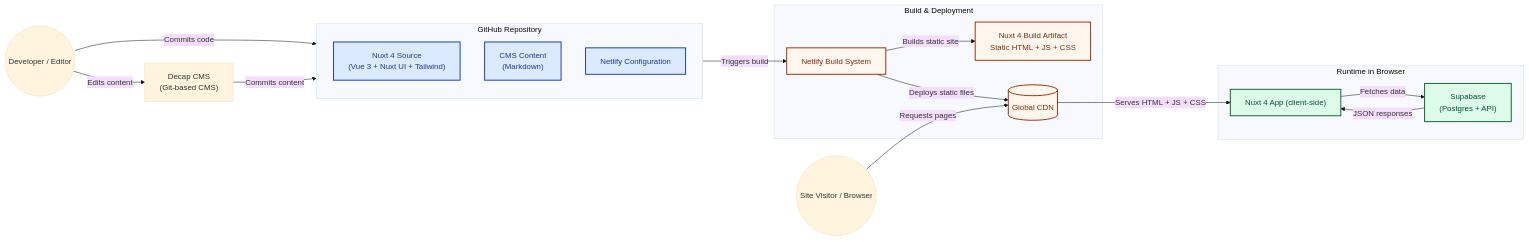
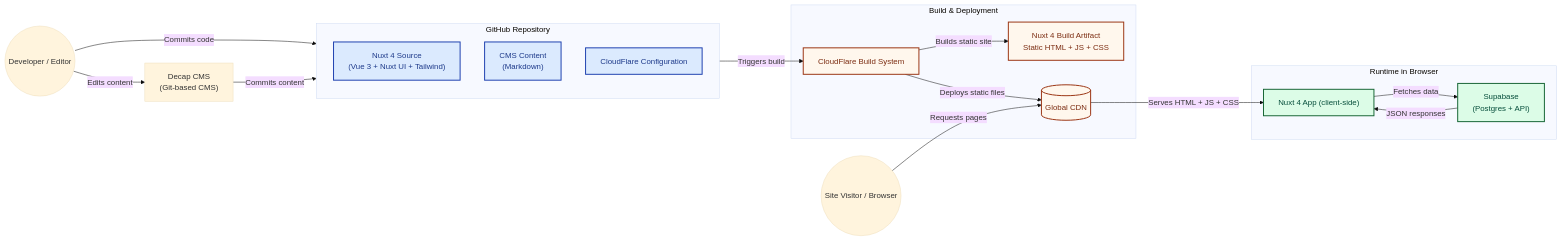
Before and after one commit to creadoras-de-exito/team-portal: the diagram in README.md, drawn with Mermaid (base theme). The commit also changed other lines of this file, not shown here.

````diff
--- a/README.md
+++ b/README.md
@@ -158,56 +158,56 @@
 ```mermaid
 flowchart LR
     %% Actors
     Dev((Developer / Editor))
     User((Site Visitor / Browser))
 
     %% Source Control
     subgraph GH["GitHub Repository"]
         direction TB
         AppSrc["Nuxt 4 Source<br/>(Vue 3 + Nuxt UI + Tailwind)"]
         Content["CMS Content<br/>(Markdown)"]
-        NetlifyCfg["Netlify Configuration"]
+        CloudFlareCfg["CloudFlare Configuration"]
     end
 
     %% CMS
     CMS["Decap CMS<br/>(Git-based CMS)"]
 
     %% Build & Deploy
     subgraph Deploy["Build & Deployment"]
-        Netlify["Netlify Build System"]
+        CloudFlare["CloudFlare Build System"]
         NuxtBuild["Nuxt 4 Build Artifact<br/>Static HTML + JS + CSS"]
         CDN[(Global CDN)]
     end
 
     %% Runtime
     subgraph Runtime["Runtime in Browser"]
         Browser["Nuxt 4 App (client-side)"]
         Supa["Supabase<br/>(Postgres + API)"]
     end
 
     %% Authoring flow
     Dev -->|Commits code| AppSrc
     Dev -->|Edits content| CMS
     CMS -->|Commits content| Content
 
     %% Build flow
-    GH -->|Triggers build| Netlify
-    Netlify -->|Builds static site| NuxtBuild
-    Netlify -->|Deploys static files| CDN
+    GH -->|Triggers build| CloudFlare
+    CloudFlare -->|Builds static site| NuxtBuild
+    CloudFlare -->|Deploys static files| CDN
 
     %% Runtime flow
     User -->|Requests pages| CDN
     CDN -->|Serves HTML + JS + CSS| Browser
     Browser -->|Fetches data| Supa
     Supa -->|JSON responses| Browser
 
     %% Styling
     classDef source fill:#dbeafe,stroke:#1e40af,stroke-width:2px,color:#1e3a8a
     classDef runtime fill:#dcfce7,stroke:#166534,stroke-width:2px,color:#064e3b
     classDef deploy fill:#fff7ed,stroke:#9a3412,stroke-width:2px,color:#7c2d12
 
-    class AppSrc,Content,NetlifyCfg source
-    class NuxtBuild,Netlify,CDN deploy
+    class AppSrc,Content,CloudFlareCfg source
+    class NuxtBuild,CloudFlare,CDN deploy
     class Browser,Supa runtime
 
 ```
````
